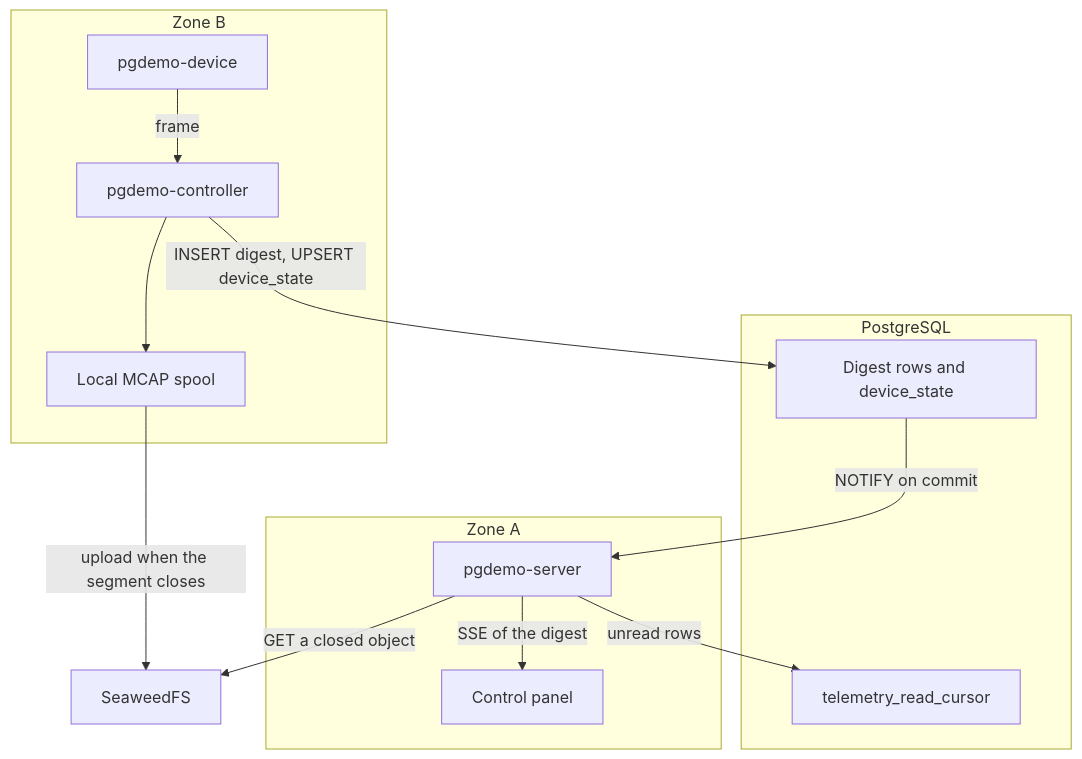
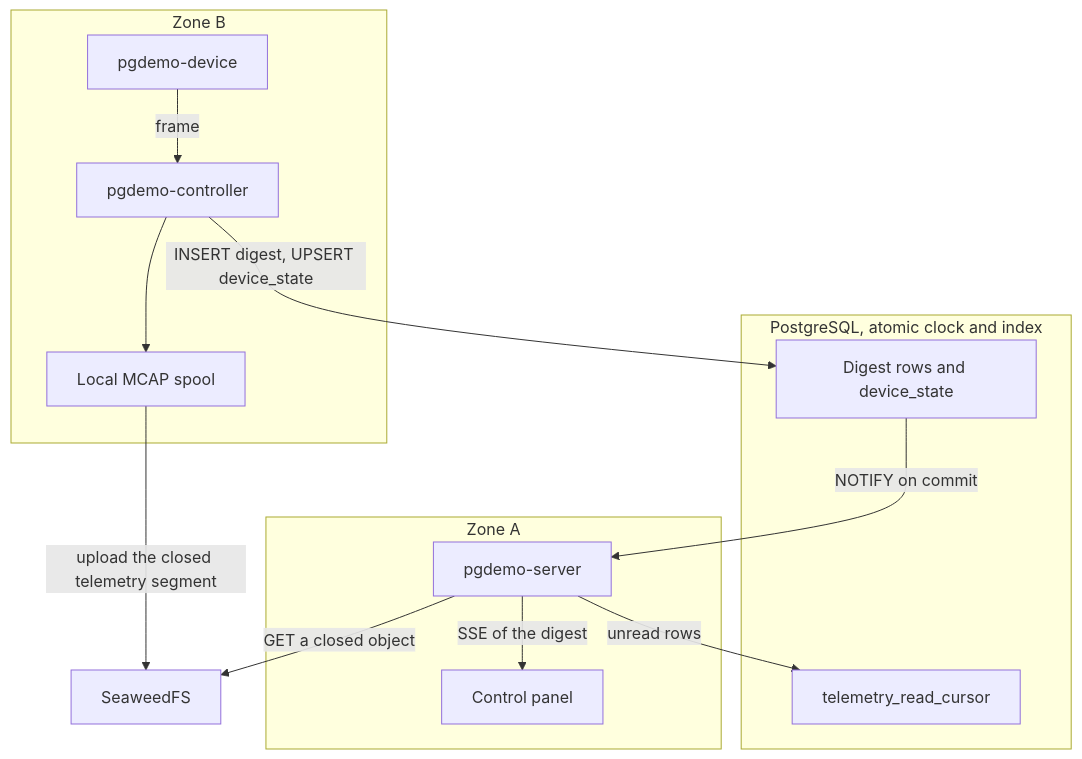
The first of 5 diagrams in TODO.md (jgmatu/postgresql), drawn with Mermaid before and after one commit. The commit also changed other lines of this file, not shown here.

Commit message:
Make PostgreSQL the atomic clock and the index of telemetry stored in SeaweedFS under AES-256.

````diff
--- a/TODO.md
+++ b/TODO.md
@@ -36,26 +43,26 @@
 ```mermaid
 flowchart TB
     subgraph zoneA [Zone A]
         panel[Control panel]
         server[pgdemo-server]
     end
-    subgraph database [PostgreSQL]
+    subgraph database ["PostgreSQL, atomic clock and index"]
         digest[Digest rows and device_state]
         cursor[telemetry_read_cursor]
     end
     subgraph zoneB [Zone B]
         worker[pgdemo-device]
         controller[pgdemo-controller]
         spool[Local MCAP spool]
     end
     seaweed[SeaweedFS]
 
     worker -->|frame| controller
     controller -->|INSERT digest, UPSERT device_state| digest
     digest -->|NOTIFY on commit| server
     server -->|unread rows| cursor
     server -->|SSE of the digest| panel
     server -->|GET a closed object| seaweed
     controller --> spool
-    spool -->|upload when the segment closes| seaweed
+    spool -->|upload the closed telemetry segment| seaweed
 ```
````
